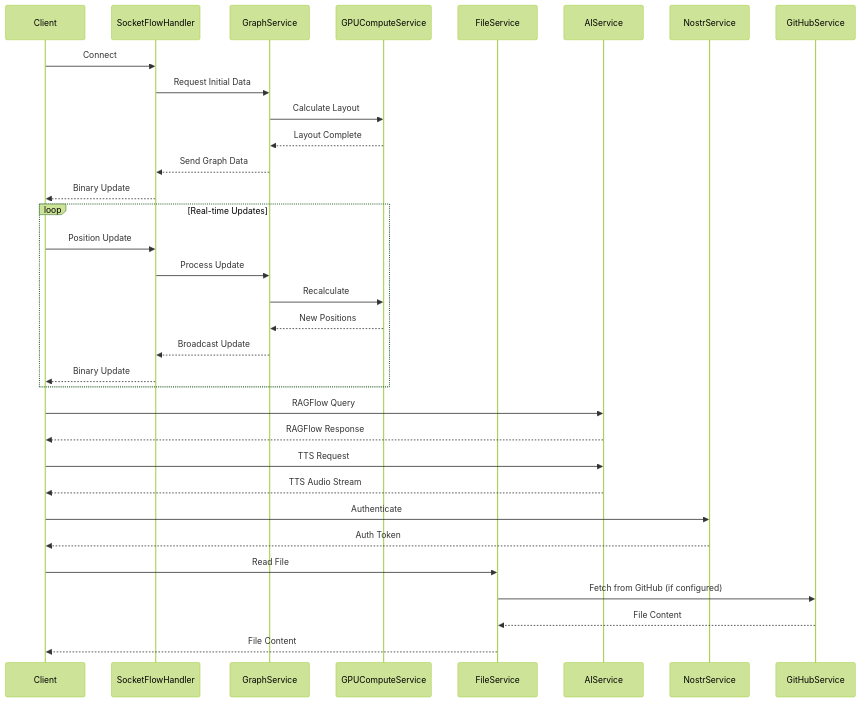
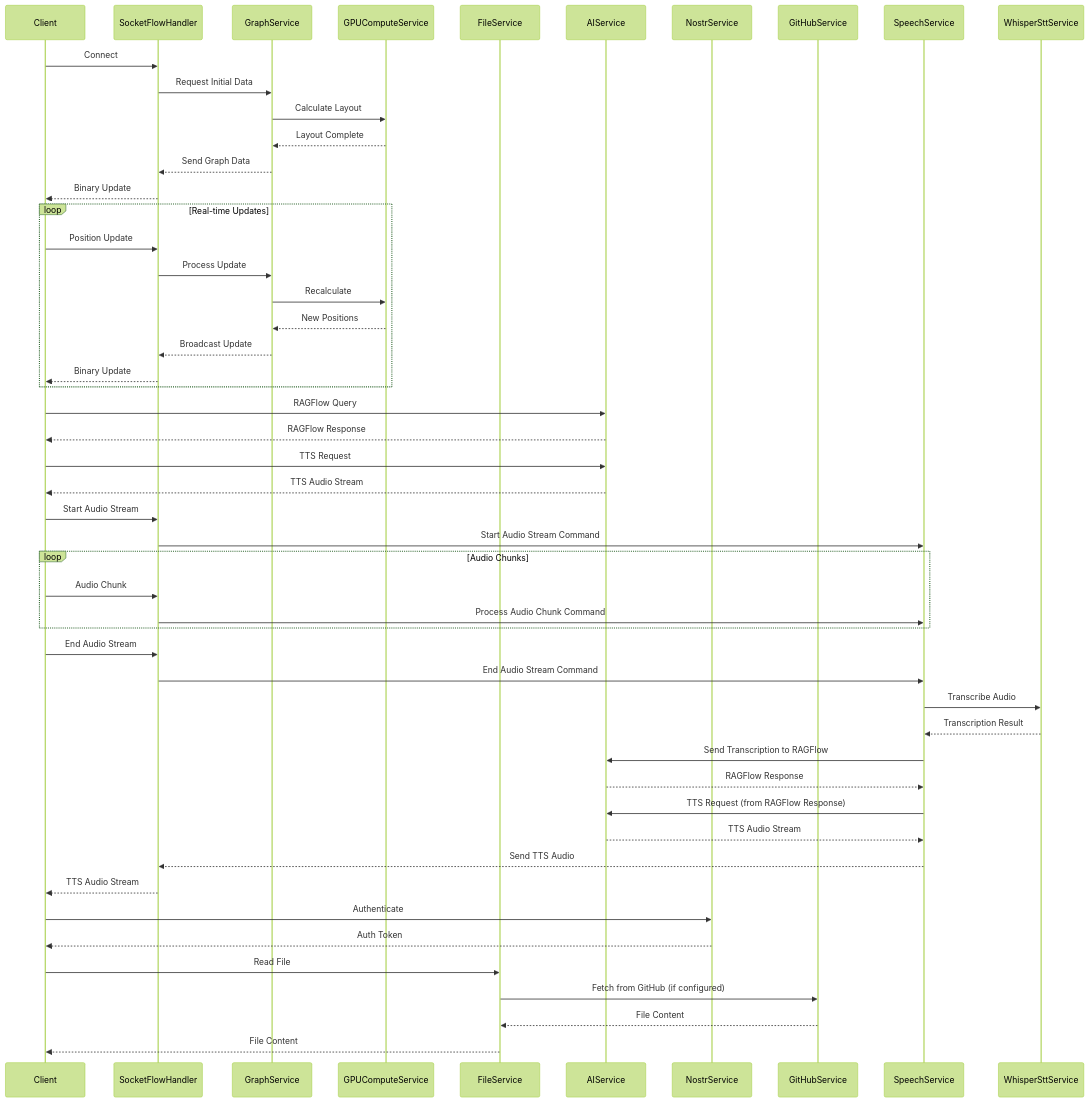
Before and after one commit to DreamLab-AI/VisionFlow: the second of 2 diagrams in docs/server/architecture.md, drawn with Mermaid (forest theme). The commit also changed 14 other files, not shown here.

````diff
--- a/docs/server/architecture.md
+++ b/docs/server/architecture.md
@@ -218,41 +218,59 @@
 ```mermaid
 sequenceDiagram
     participant Client
     participant SocketFlowHandler
     participant GraphService
     participant GPUComputeService
     participant FileService
     participant AIService
     participant NostrService
     participant GitHubService
     
     Client->>SocketFlowHandler: Connect
     SocketFlowHandler->>GraphService: Request Initial Data
     GraphService->>GPUComputeService: Calculate Layout
     GPUComputeService-->>GraphService: Layout Complete
     GraphService-->>SocketFlowHandler: Send Graph Data
     SocketFlowHandler-->>Client: Binary Update
 
     loop Real-time Updates
         Client->>SocketFlowHandler: Position Update
         SocketFlowHandler->>GraphService: Process Update
         GraphService->>GPUComputeService: Recalculate
         GPUComputeService-->>GraphService: New Positions
         GraphService-->>SocketFlowHandler: Broadcast Update
         SocketFlowHandler-->>Client: Binary Update
     end
 
     Client->>AIService: RAGFlow Query
     AIService-->>Client: RAGFlow Response
 
     Client->>AIService: TTS Request
     AIService-->>Client: TTS Audio Stream
 
+    Client->>SocketFlowHandler: Start Audio Stream
+    SocketFlowHandler->>SpeechService: Start Audio Stream Command
+    loop Audio Chunks
+        Client->>SocketFlowHandler: Audio Chunk
+        SocketFlowHandler->>SpeechService: Process Audio Chunk Command
+    end
+    Client->>SocketFlowHandler: End Audio Stream
+    SocketFlowHandler->>SpeechService: End Audio Stream Command
+    SpeechService->>WhisperSttService: Transcribe Audio
+    WhisperSttService-->>SpeechService: Transcription Result
+    SpeechService->>AIService: Send Transcription to RAGFlow
+    AIService-->>SpeechService: RAGFlow Response
+    SpeechService->>AIService: TTS Request (from RAGFlow Response)
+    AIService-->>SpeechService: TTS Audio Stream
+    SpeechService-->>SocketFlowHandler: Send TTS Audio
+    SocketFlowHandler-->>Client: TTS Audio Stream
+
+
     Client->>NostrService: Authenticate
     NostrService-->>Client: Auth Token
 
     Client->>FileService: Read File
     FileService->>GitHubService: Fetch from GitHub (if configured)
     GitHubService-->>FileService: File Content
     FileService-->>Client: File Content
 ```
````
